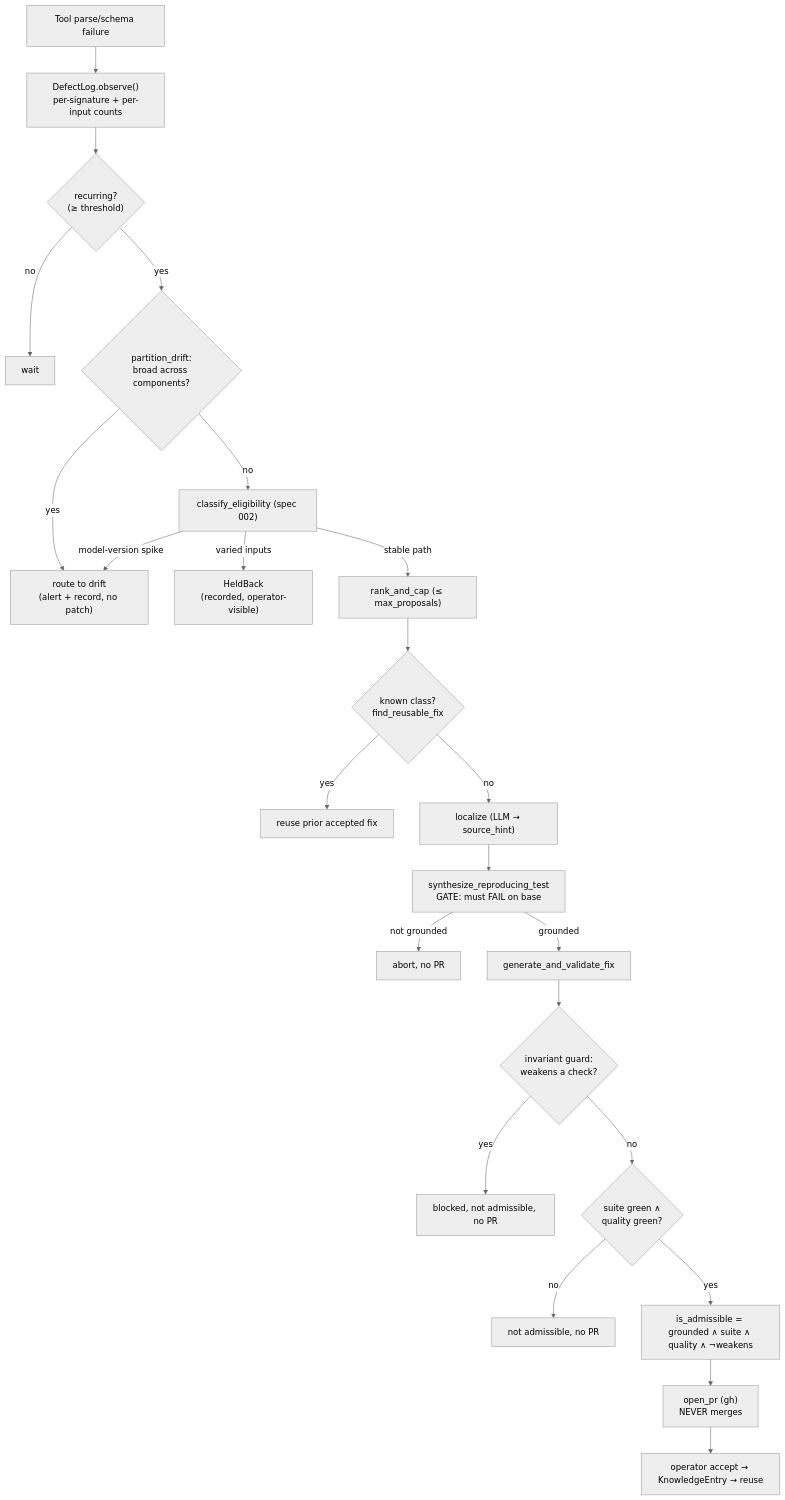
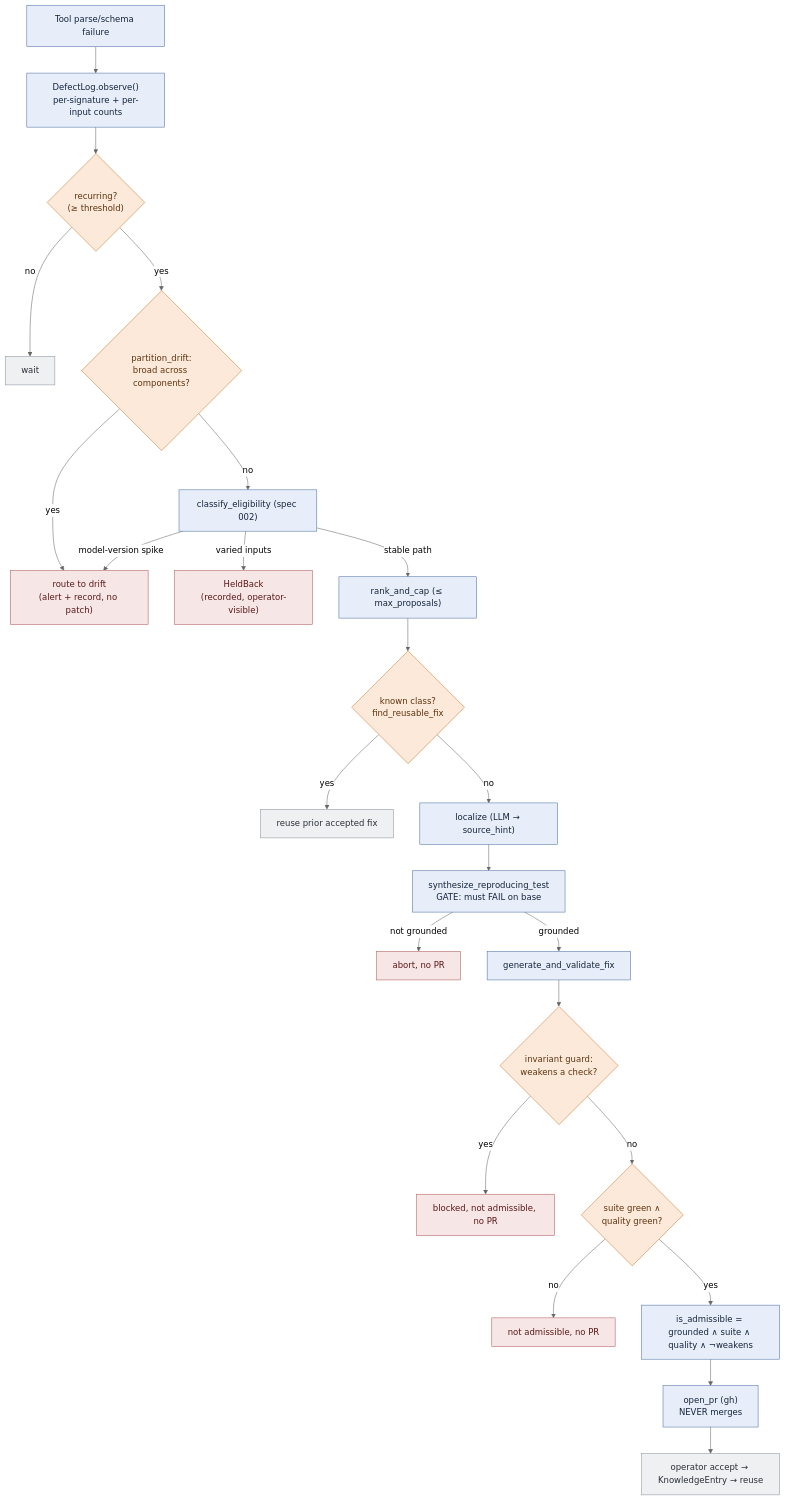
Before and after one commit to quanticsoul4772/mcp-reasoning: the seventh of 8 diagrams in docs/reference/END_TO_END_FLOW.md, drawn with Mermaid (neutral theme). The commit also changed other lines of this file, not shown here.

First line of the commit message:
docs(flow): role-based color coding across the flowcharts (#181)

````diff
--- a/docs/reference/END_TO_END_FLOW.md
+++ b/docs/reference/END_TO_END_FLOW.md
@@ -238,29 +266,34 @@
 ```mermaid
 flowchart TD
-    Fail["Tool parse/schema failure"] --> Detect["DefectLog.observe()<br/>per-signature + per-input counts"]
-    Detect --> Recur{"recurring?<br/>(≥ threshold)"}
-    Recur -->|"no"| Wait["wait"]
-    Recur -->|"yes"| Drift{"partition_drift:<br/>broad across components?"}
-    Drift -->|"yes"| Alert["route to drift<br/>(alert + record, no patch)"]
-    Drift -->|"no"| Elig["classify_eligibility (spec 002)"]
+    Fail["Tool parse/schema failure"]:::proc --> Detect["DefectLog.observe()<br/>per-signature + per-input counts"]:::proc
+    Detect --> Recur{"recurring?<br/>(≥ threshold)"}:::decision
+    Recur -->|"no"| Wait["wait"]:::term
+    Recur -->|"yes"| Drift{"partition_drift:<br/>broad across components?"}:::decision
+    Drift -->|"yes"| Alert["route to drift<br/>(alert + record, no patch)"]:::guard
+    Drift -->|"no"| Elig["classify_eligibility (spec 002)"]:::proc
 
     Elig -->|"model-version spike"| Alert
-    Elig -->|"varied inputs"| Hold["HeldBack<br/>(recorded, operator-visible)"]
-    Elig -->|"stable path"| Rank["rank_and_cap (≤ max_proposals)"]
+    Elig -->|"varied inputs"| Hold["HeldBack<br/>(recorded, operator-visible)"]:::guard
+    Elig -->|"stable path"| Rank["rank_and_cap (≤ max_proposals)"]:::proc
 
-    Rank --> Reuse{"known class?<br/>find_reusable_fix"}
-    Reuse -->|"yes"| Skip["reuse prior accepted fix"]
-    Reuse -->|"no"| Loc["localize (LLM → source_hint)"]
+    Rank --> Reuse{"known class?<br/>find_reusable_fix"}:::decision
+    Reuse -->|"yes"| Skip["reuse prior accepted fix"]:::term
+    Reuse -->|"no"| Loc["localize (LLM → source_hint)"]:::proc
 
-    Loc --> Synth["synthesize_reproducing_test<br/>GATE: must FAIL on base"]
-    Synth -->|"not grounded"| Abort["abort, no PR"]
-    Synth -->|"grounded"| Fix["generate_and_validate_fix"]
+    Loc --> Synth["synthesize_reproducing_test<br/>GATE: must FAIL on base"]:::proc
+    Synth -->|"not grounded"| Abort["abort, no PR"]:::guard
+    Synth -->|"grounded"| Fix["generate_and_validate_fix"]:::proc
 
-    Fix --> Guard{"invariant guard:<br/>weakens a check?"}
-    Guard -->|"yes"| Block["blocked, not admissible, no PR"]
-    Guard -->|"no"| Gates{"suite green ∧<br/>quality green?"}
-    Gates -->|"no"| NotAdm["not admissible, no PR"]
-    Gates -->|"yes"| Adm["is_admissible = grounded ∧ suite ∧ quality ∧ ¬weakens"]
-    Adm --> PR["open_pr (gh)<br/>NEVER merges"]
-    PR --> Op["operator accept → KnowledgeEntry → reuse"]
+    Fix --> Guard{"invariant guard:<br/>weakens a check?"}:::decision
+    Guard -->|"yes"| Block["blocked, not admissible, no PR"]:::guard
+    Guard -->|"no"| Gates{"suite green ∧<br/>quality green?"}:::decision
+    Gates -->|"no"| NotAdm["not admissible, no PR"]:::guard
+    Gates -->|"yes"| Adm["is_admissible = grounded ∧ suite ∧ quality ∧ ¬weakens"]:::proc
+    Adm --> PR["open_pr (gh)<br/>NEVER merges"]:::proc
+    PR --> Op["operator accept → KnowledgeEntry → reuse"]:::term
+
+    classDef proc fill:#e8eef9,stroke:#4a6fa5,color:#13243b
+    classDef decision fill:#fde9d9,stroke:#c47a2a,color:#5a3410
+    classDef guard fill:#f7e6e6,stroke:#b15a5a,color:#5a1818
+    classDef term fill:#eef0f2,stroke:#8a93a0,color:#2a2f36
 ```
````
